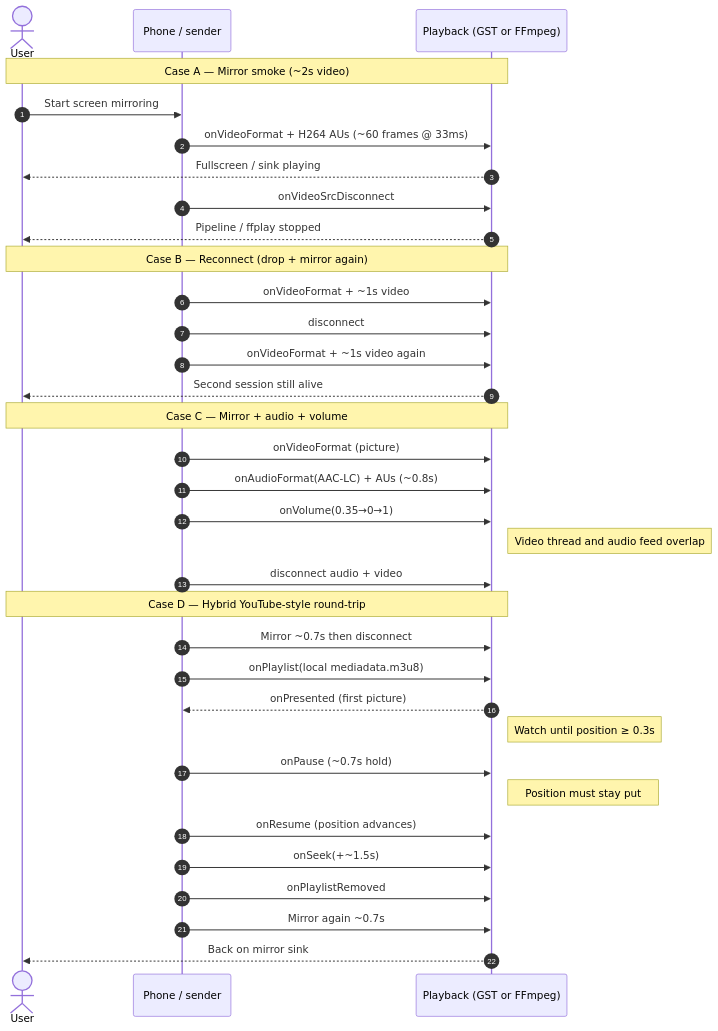
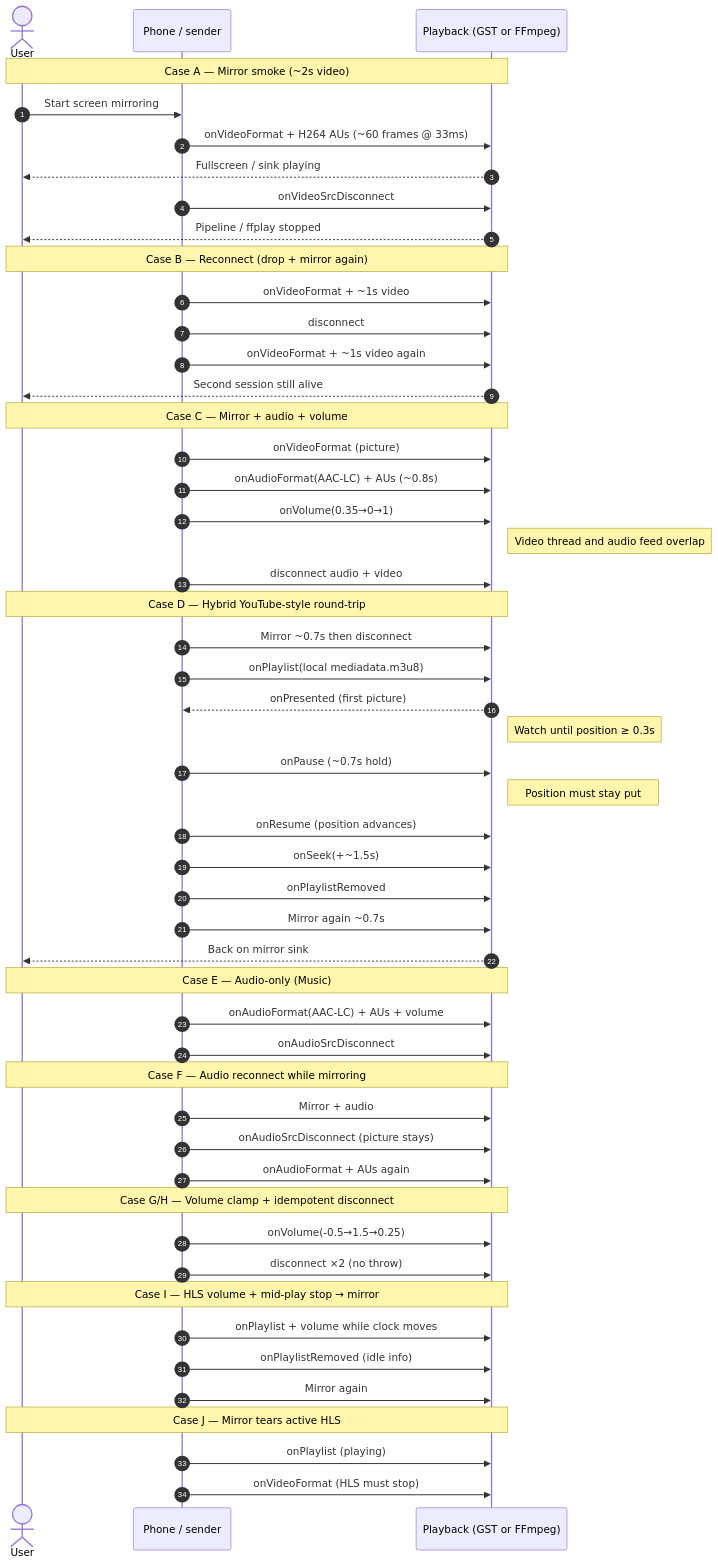
The diagram in app/common/src/testFixtures/docs/playback-lifecycle.md (serezhka/java-airplay), drawn with Mermaid before and after one commit. The commit also changed other lines of this file and 7 other files, not shown here.

````diff
--- a/app/common/src/testFixtures/docs/playback-lifecycle.md
+++ b/app/common/src/testFixtures/docs/playback-lifecycle.md
@@ -9,40 +9,62 @@
 ```mermaid
 sequenceDiagram
     autonumber
     actor User
     participant Phone as Phone / sender
     participant App as Playback (GST or FFmpeg)
 
     Note over User,App: Case A — Mirror smoke (~2s video)
     User->>Phone: Start screen mirroring
     Phone->>App: onVideoFormat + H264 AUs (~60 frames @ 33ms)
     App-->>User: Fullscreen / sink playing
     Phone->>App: onVideoSrcDisconnect
     App-->>User: Pipeline / ffplay stopped
 
     Note over User,App: Case B — Reconnect (drop + mirror again)
     Phone->>App: onVideoFormat + ~1s video
     Phone->>App: disconnect
     Phone->>App: onVideoFormat + ~1s video again
     App-->>User: Second session still alive
 
     Note over User,App: Case C — Mirror + audio + volume
     Phone->>App: onVideoFormat (picture)
     Phone->>App: onAudioFormat(AAC-LC) + AUs (~0.8s)
     Phone->>App: onVolume(0.35→0→1)
     Note right of App: Video thread and audio feed overlap
     Phone->>App: disconnect audio + video
 
     Note over User,App: Case D — Hybrid YouTube-style round-trip
     Phone->>App: Mirror ~0.7s then disconnect
     Phone->>App: onPlaylist(local mediadata.m3u8)
     App-->>Phone: onPresented (first picture)
     Note right of App: Watch until position ≥ 0.3s
     Phone->>App: onPause (~0.7s hold)
     Note right of App: Position must stay put
     Phone->>App: onResume (position advances)
     Phone->>App: onSeek(+~1.5s)
     Phone->>App: onPlaylistRemoved
     Phone->>App: Mirror again ~0.7s
     App-->>User: Back on mirror sink
+
+    Note over User,App: Case E — Audio-only (Music)
+    Phone->>App: onAudioFormat(AAC-LC) + AUs + volume
+    Phone->>App: onAudioSrcDisconnect
+
+    Note over User,App: Case F — Audio reconnect while mirroring
+    Phone->>App: Mirror + audio
+    Phone->>App: onAudioSrcDisconnect (picture stays)
+    Phone->>App: onAudioFormat + AUs again
+
+    Note over User,App: Case G/H — Volume clamp + idempotent disconnect
+    Phone->>App: onVolume(-0.5→1.5→0.25)
+    Phone->>App: disconnect ×2 (no throw)
+
+    Note over User,App: Case I — HLS volume + mid-play stop → mirror
+    Phone->>App: onPlaylist + volume while clock moves
+    Phone->>App: onPlaylistRemoved (idle info)
+    Phone->>App: Mirror again
+
+    Note over User,App: Case J — Mirror tears active HLS
+    Phone->>App: onPlaylist (playing)
+    Phone->>App: onVideoFormat (HLS must stop)
 ```
````
